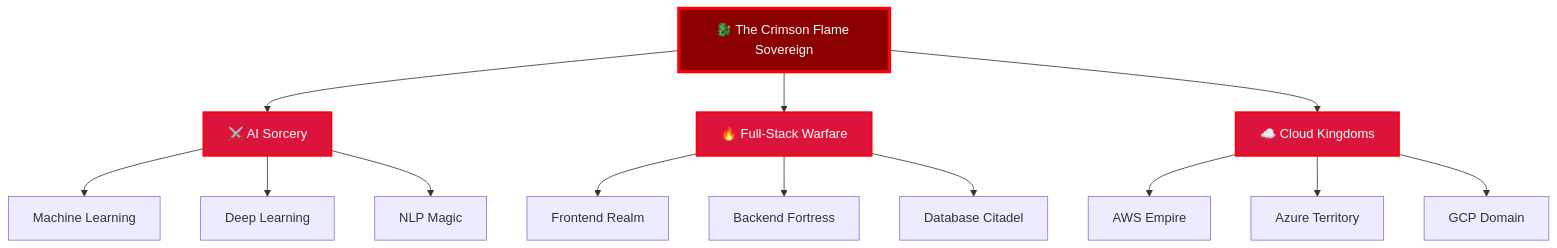
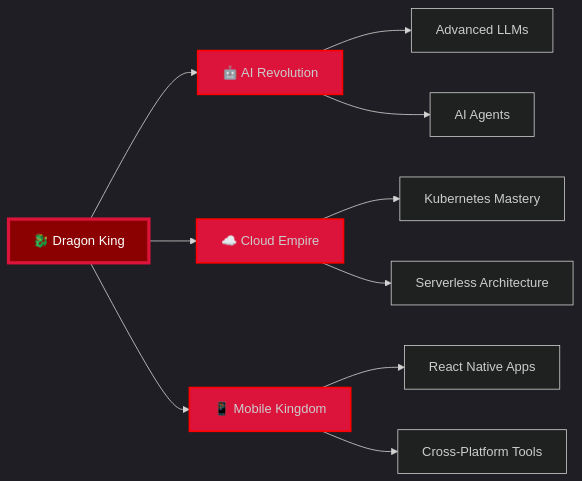
Before and after one commit to Madhan-Tech-AI/Madhan-Tech-AI: the fourth of 4 diagrams in README.md, drawn with Mermaid. The commit also changed other lines of this file, not shown here.

````diff
--- a/README.md
+++ b/README.md
@@ -256,20 +443,18 @@
 ```mermaid
-graph TD
-    A[🐉 The Crimson Flame Sovereign] --> B[⚔️ AI Sorcery]
-    A --> C[🔥 Full-Stack Warfare]
-    A --> D[☁️ Cloud Kingdoms]
-    B --> E[Machine Learning]
-    B --> F[Deep Learning]
-    B --> G[NLP Magic]
-    C --> H[Frontend Realm]
-    C --> I[Backend Fortress]
-    C --> J[Database Citadel]
-    D --> K[AWS Empire]
-    D --> L[Azure Territory]
-    D --> M[GCP Domain]
+%%{init: {'theme':'dark', 'themeVariables': { 'primaryColor':'#DC143C'}}}%%
+graph LR
+    A[🐉 Dragon King] --> B[🤖 AI Revolution]
+    A --> C[☁️ Cloud Empire]
+    A --> D[📱 Mobile Kingdom]
+    B --> E[Advanced LLMs]
+    B --> F[AI Agents]
+    C --> G[Kubernetes Mastery]
+    C --> H[Serverless Architecture]
+    D --> I[React Native Apps]
+    D --> J[Cross-Platform Tools]
 
-    style A fill:#8B0000,stroke:#FF0000,stroke-width:4px,color:#fff
-    style B fill:#DC143C,stroke:#FF0000,stroke-width:2px,color:#fff
-    style C fill:#DC143C,stroke:#FF0000,stroke-width:2px,color:#fff
-    style D fill:#DC143C,stroke:#FF0000,stroke-width:2px,color:#fff
+    style A fill:#8B0000,stroke:#DC143C,stroke-width:4px,color:#fff
+    style B fill:#DC143C,stroke:#FF0000,stroke-width:2px
+    style C fill:#DC143C,stroke:#FF0000,stroke-width:2px
+    style D fill:#DC143C,stroke:#FF0000,stroke-width:2px
 ```
````
